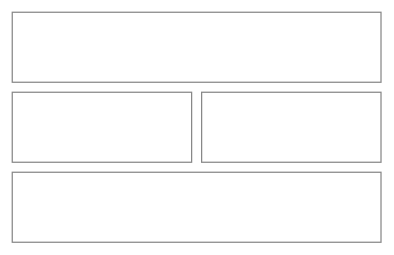
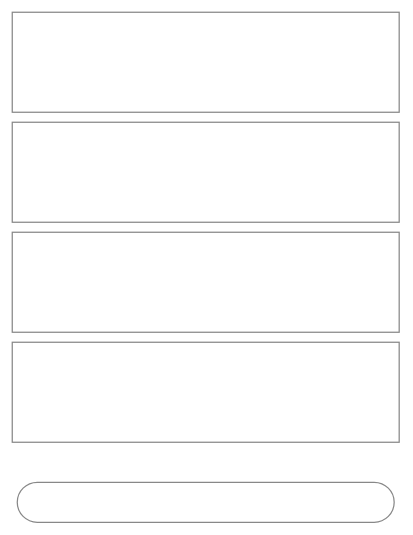
The sixth of 23 diagrams in src/apps/waypoint/UX.md (NovaMoonX/moondreams-dev-apps), drawn with Mermaid before and after one commit. The commit also changed other lines of this file and 98 other files, not shown here.

First line of the commit message:
Waypoint redesign: quieter theme, drawer forms, add-by-email, uploads inside forms, Now pill (#248)

````diff
--- a/src/apps/waypoint/UX.md
+++ b/src/apps/waypoint/UX.md
@@ -132,13 +132,15 @@
 ```mermaid
 %%{init: {'theme': 'base', 'themeVariables': {'primaryColor': 'transparent', 'primaryBorderColor': '#888888', 'primaryTextColor': '#333333', 'lineColor': '#888888'}}}%%
 block-beta
   columns 2
-  Active["ACTIVE NOW<br/>🍜 Dinner · 6-7:30 PM · Navigate"]:2
-  IdeasCollapsed["💡 Ideas (3 new) ▸"]:1
-  StatusCollapsed["📍 Status ▸"]:1
-  Next["UP NEXT<br/>🚕 Taxi · 8:00 PM"]:2
-  style Active fill:transparent,stroke:#888888,stroke-width:1px;
+  Pills["Members · Checklist · Stays · Rentals"]:2
+  CheckIn["CHECKING IN TODAY<br/>🛏️ Hotel · 3 PM"]:2
+  Agenda["TODAY<br/>✓ Breakfast · 8 AM<br/>🍜 Dinner · 6 PM"]:2
+  IdeasCollapsed["💡 Ideas (3 new) ▸"]:2
+  Pill(["● NOW · 12m left — Dinner  ›  [Up next]"]):2
+  style Pills fill:transparent,stroke:#888888,stroke-width:1px;
+  style CheckIn fill:transparent,stroke:#888888,stroke-width:1px;
+  style Agenda fill:transparent,stroke:#888888,stroke-width:1px;
   style IdeasCollapsed fill:transparent,stroke:#888888,stroke-width:1px;
-  style StatusCollapsed fill:transparent,stroke:#888888,stroke-width:1px;
-  style Next fill:transparent,stroke:#888888,stroke-width:1px;
+  style Pill fill:transparent,stroke:#888888,stroke-width:1px;
 ```
````
